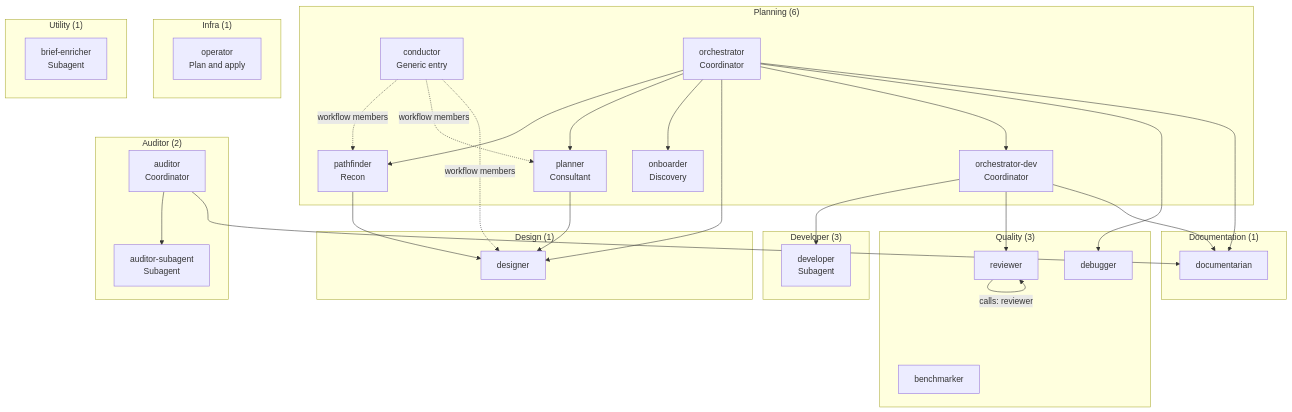
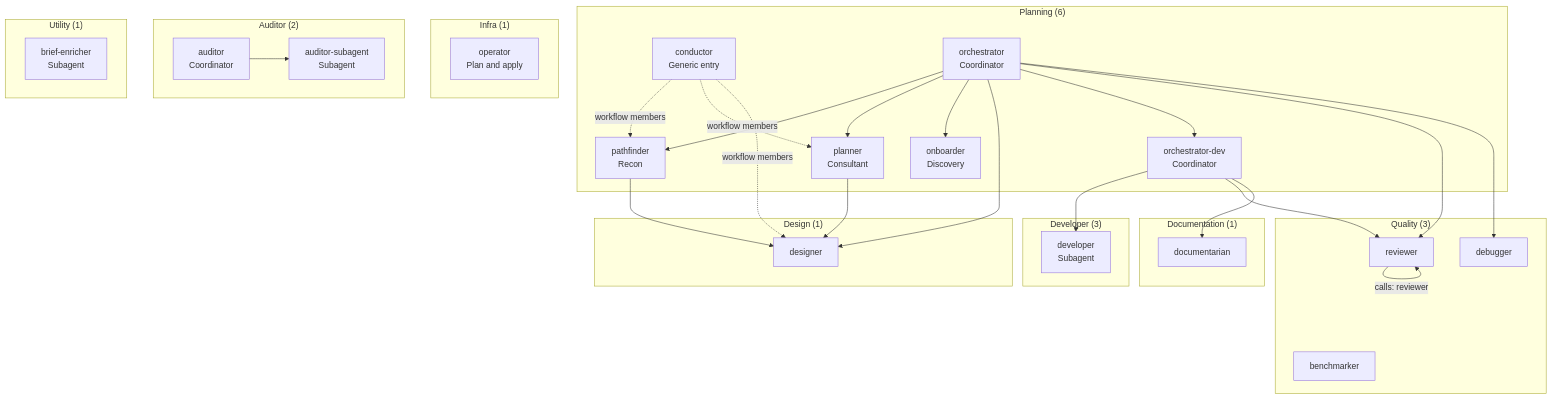
The diagram in docs/architecture/agents.en.md (datichb/openhub), drawn with Mermaid before and after one commit. The commit also changed other lines of this file and 3 other files, not shown here.

````diff
--- a/docs/architecture/agents.en.md
+++ b/docs/architecture/agents.en.md
@@ -45,42 +44,42 @@
 ```mermaid
 flowchart TD
     subgraph PL ["Planning (6)"]
         COND["conductor<br/>Generic entry"]
         ORCH["orchestrator<br/>Coordinator"]
         ORCHDEV["orchestrator-dev<br/>Coordinator"]
         PLAN["planner<br/>Consultant"]
         PATH["pathfinder<br/>Recon"]
         ONB["onboarder<br/>Discovery"]
     end
     subgraph DV ["Developer (3)"]
         DEV["developer<br/>Subagent"]
     end
     subgraph IN ["Infra (1)"]
         OPS["operator<br/>Plan and apply"]
     end
     subgraph AU ["Auditor (2)"]
         AUD["auditor<br/>Coordinator"]
         AUDS["auditor-subagent<br/>Subagent"]
     end
     subgraph QU ["Quality (3)"]
         REV["reviewer"]
         DBG["debugger"]
         BENCH["benchmarker"]
     end
     subgraph DS ["Design (1)"]
         DES["designer"]
     end
     subgraph DC ["Documentation (1)"]
         DOC["documentarian"]
     end
     subgraph UT ["Utility (1)"]
         BRF["brief-enricher<br/>Subagent"]
     end
     COND -.->|workflow members| PATH & PLAN & DES
-    ORCH --> PATH & PLAN & ONB & DES & ORCHDEV & DBG & DOC
+    ORCH --> PATH & PLAN & ONB & DES & ORCHDEV & REV & DBG
     ORCHDEV --> DEV & REV & DOC
     PLAN --> DES
     PATH --> DES
-    AUD --> AUDS & DOC
+    AUD --> AUDS
     REV -->|calls: reviewer| REV
 ```
````
